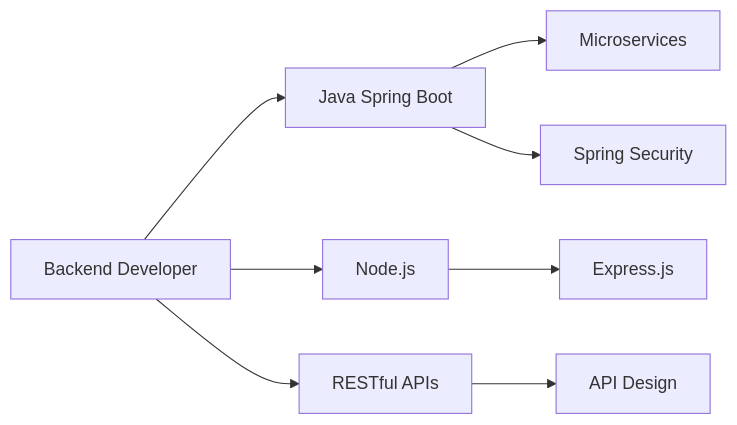
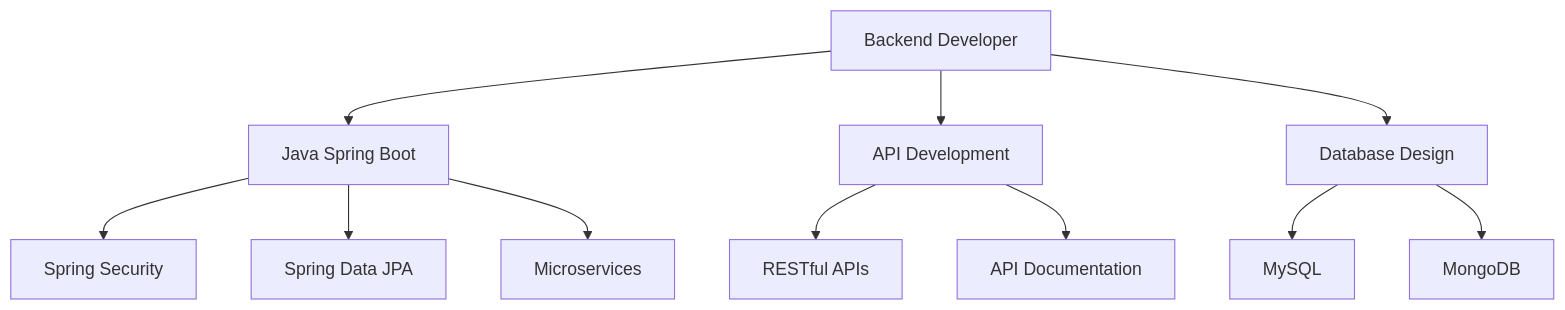
The diagram in README.md (NTT-DevFPT/NTT-DevFPT), drawn with Mermaid before and after one commit. The commit also changed other lines of this file, not shown here.

````diff
--- a/README.md
+++ b/README.md
@@ -176,10 +182,13 @@
 ```mermaid
-graph LR
+graph TB
     A[Backend Developer] --> B[Java Spring Boot]
-    A --> C[Node.js]
-    A --> D[RESTful APIs]
-    B --> E[Microservices]
-    B --> F[Spring Security]
-    C --> G[Express.js]
-    D --> H[API Design]
+    A --> C[API Development]
+    A --> D[Database Design]
+    B --> E[Spring Security]
+    B --> F[Spring Data JPA]
+    B --> G[Microservices]
+    C --> H[RESTful APIs]
+    C --> I[API Documentation]
+    D --> J[MySQL]
+    D --> K[MongoDB]
 ```
````
